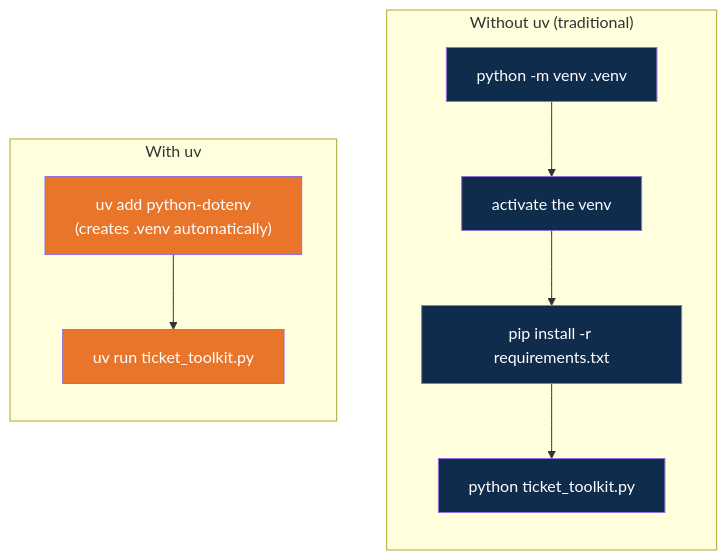
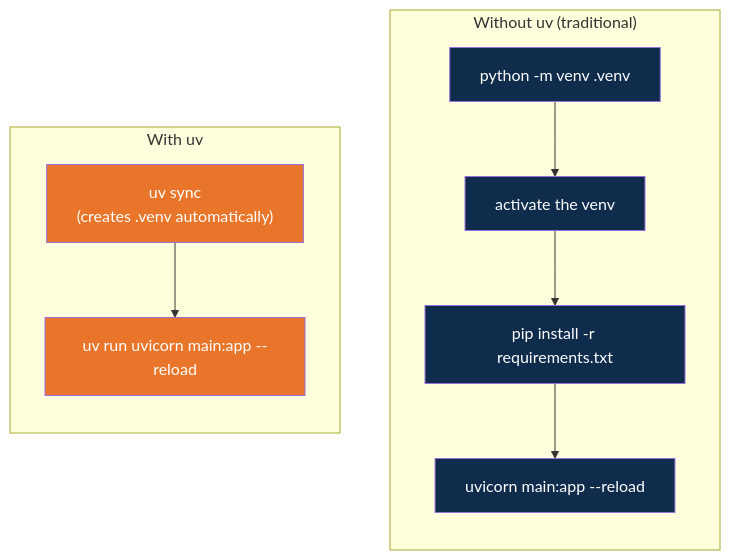
The second of 2 diagrams in session-01/python-for-ai/README.md (ramanujds/kpil-ai-fde), drawn with Mermaid before and after one commit. The commit also changed other lines of this file and 11 other files, not shown here.

First line of the commit message:
Simplify Day 1 Python for AI exercise to a minimal FastAPI app

````diff
--- a/session-01/python-for-ai/README.md
+++ b/session-01/python-for-ai/README.md
@@ -87,18 +56,18 @@
 ```mermaid
 flowchart TB
     subgraph WO["Without uv (traditional)"]
         direction TB
-        W1["python -m venv .venv"] --> W2["activate the venv"] --> W3["pip install -r requirements.txt"] --> W4["python ticket_toolkit.py"]
+        W1["python -m venv .venv"] --> W2["activate the venv"] --> W3["pip install -r requirements.txt"] --> W4["uvicorn main:app --reload"]
     end
     subgraph WU["With uv"]
         direction TB
-        U1["uv add python-dotenv<br/>(creates .venv automatically)"] --> U2["uv run ticket_toolkit.py"]
+        U1["uv sync<br/>(creates .venv automatically)"] --> U2["uv run uvicorn main:app --reload"]
     end
 
     style W1 fill:#0F2C4C,color:#ffffff
     style W2 fill:#0F2C4C,color:#ffffff
     style W3 fill:#0F2C4C,color:#ffffff
     style W4 fill:#0F2C4C,color:#ffffff
     style U1 fill:#E8752A,color:#ffffff
     style U2 fill:#E8752A,color:#ffffff
 ```
````
